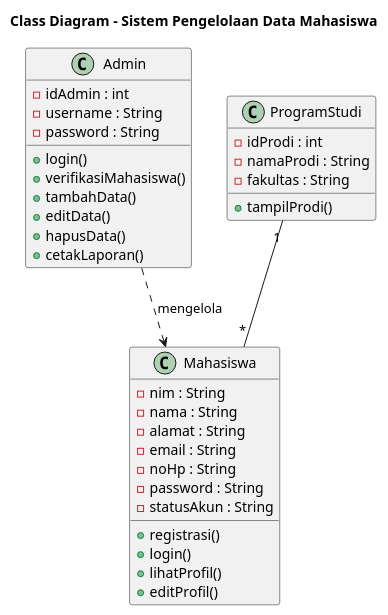
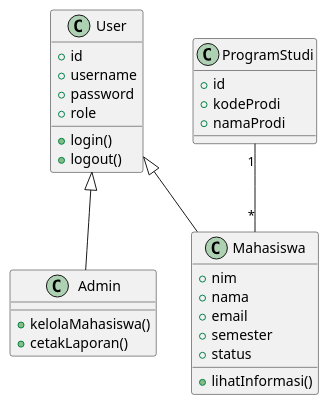
Before and after one commit to NLT-0fficial/Pengelolaan-Data-Mahasiswa-Baru-PPL-: the diagram in PUML/class.puml, drawn with PlantUML. The commit also changed 7 other files, not shown here.

```diff
--- a/PUML/class.puml
+++ b/PUML/class.puml
@@ -1,43 +1,39 @@
-@startuml Class_Diagram
-title Class Diagram - Sistem Pengelolaan Data Mahasiswa
+@startuml
 
-class Mahasiswa {
-  - nim : String
-  - nama : String
-  - alamat : String
-  - email : String
-  - noHp : String
-  - password : String
-  - statusAkun : String
+class User{
++id
++username
++password
++role
 
-  + registrasi()
-  + login()
-  + lihatProfil()
-  + editProfil()
++login()
++logout()
 }
 
-class Admin {
-  - idAdmin : int
-  - username : String
-  - password : String
-
-  + login()
-  + verifikasiMahasiswa()
-  + tambahData()
-  + editData()
-  + hapusData()
-  + cetakLaporan()
+class Admin{
++kelolaMahasiswa()
++cetakLaporan()
 }
 
-class ProgramStudi {
-  - idProdi : int
-  - namaProdi : String
-  - fakultas : String
+class Mahasiswa{
++nim
++nama
++email
++semester
++status
 
-  + tampilProdi()
++lihatInformasi()
 }
 
+class ProgramStudi{
++id
++kodeProdi
++namaProdi
+}
+
+User <|-- Admin
+User <|-- Mahasiswa
+
 ProgramStudi "1" -- "*" Mahasiswa
-Admin ..> Mahasiswa : mengelola
 
 @enduml
```
